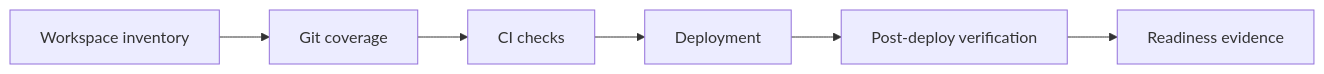
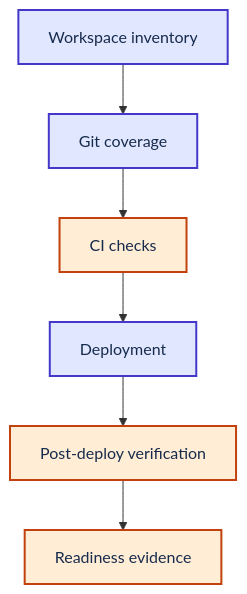
The diagram in site/content/docs/video-fabric-cicd-readiness-review.md (Acestus/portfolio), drawn with Mermaid before and after one commit. The commit also changed 20 other files, not shown here.

Commit message:
Apply Mermaid and Pele style to video guides (#58)

````diff
--- a/site/content/docs/video-fabric-cicd-readiness-review.md
+++ b/site/content/docs/video-fabric-cicd-readiness-review.md
@@ -27,8 +27,14 @@
 ```mermaid
-flowchart LR
+flowchart TD
+  accTitle: A practical Microsoft Fabric CI/CD readiness review
   I[Workspace inventory] --> G[Git coverage]
   G --> C[CI checks]
   C --> D[Deployment]
   D --> V[Post-deploy verification]
   V --> E[Readiness evidence]
+
+  classDef primary fill:#E0E7FF,stroke:#4338CA,color:#172B4D,stroke-width:2px
+  classDef secondary fill:#FFEDD5,stroke:#C2410C,color:#172B4D,stroke-width:2px
+  class I,G,D primary
+  class C,V,E secondary
 ```
````
